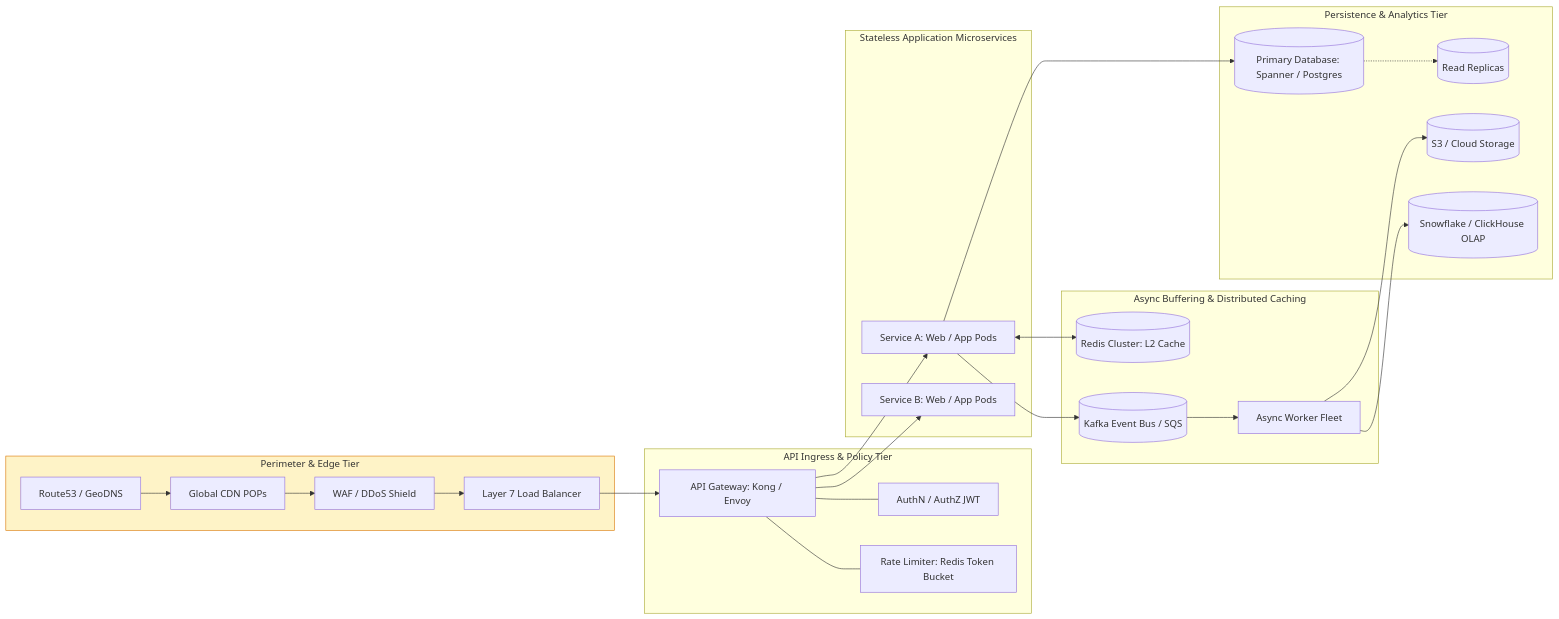
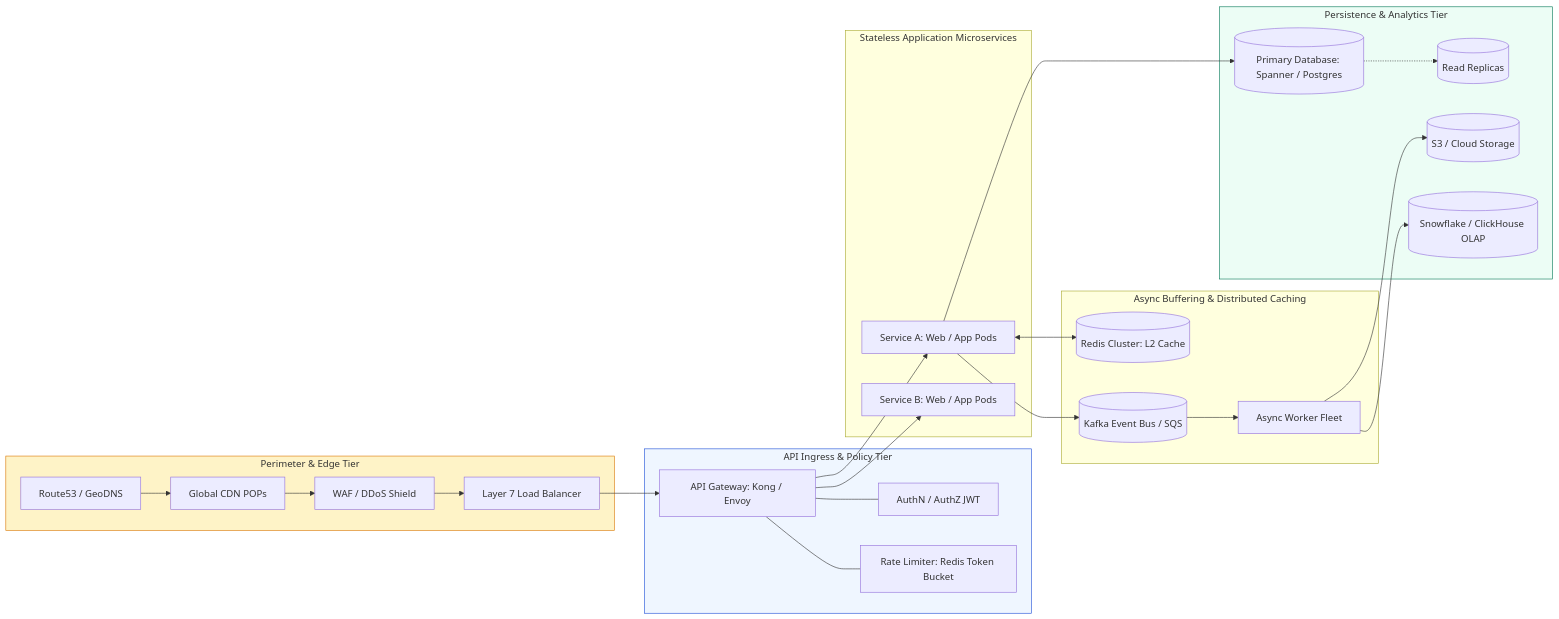
One commit to kvai9826/system-design-for-program-managers changed the third of 3 diagrams in README.md. Above: the diagram before and after it, drawn with Mermaid. The commit also changed other lines of this file and 30 other files, not shown here.

````diff
--- a/README.md
+++ b/README.md
@@ -113,39 +127,39 @@
 ```mermaid
 flowchart LR
     subgraph EdgeLayer [Perimeter & Edge Tier]
         DNS[Route53 / GeoDNS] --> CDN[Global CDN POPs]
         CDN --> WAF[WAF / DDoS Shield]
         WAF --> LB[Layer 7 Load Balancer]
     end
 
     subgraph IngressLayer [API Ingress & Policy Tier]
         LB --> APIGW[API Gateway: Kong / Envoy]
         APIGW --- Auth[AuthN / AuthZ JWT]
         APIGW --- RL[Rate Limiter: Redis Token Bucket]
     end
 
     subgraph ServiceLayer [Stateless Application Microservices]
         APIGW --> SvcA[Service A: Web / App Pods]
         APIGW --> SvcB[Service B: Web / App Pods]
     end
 
     subgraph CacheAndQueue [Async Buffering & Distributed Caching]
         SvcA <--> RedisCache[(Redis Cluster: L2 Cache)]
         SvcA --> Kafka[(Kafka Event Bus / SQS)]
         Kafka --> Workers[Async Worker Fleet]
     end
 
     subgraph StorageLayer [Persistence & Analytics Tier]
         SvcA --> PrimaryDB[(Primary Database: Spanner / Postgres)]
         PrimaryDB -.-> ReadReplica[(Read Replicas)]
         Workers --> ObjectStore[(S3 / Cloud Storage)]
         Workers --> DataWarehouse[(Snowflake / ClickHouse OLAP)]
     end
 
-    classDef edge fill:#fef3c7,stroke:#d97706,stroke-width:1px;
-    class DefGW fill:#eff6ff,stroke:#1d4ed8,stroke-width:1px;
-    class DefStore fill:#ecfdf5,stroke:#047857,stroke-width:1px;
-    class EdgeLayer edge;
-    class IngressLayer DefGW;
-    class StorageLayer DefStore;
+    classDef edgeStyle fill:#fef3c7,stroke:#d97706,stroke-width:1px;
+    classDef gwStyle fill:#eff6ff,stroke:#1d4ed8,stroke-width:1px;
+    classDef storeStyle fill:#ecfdf5,stroke:#047857,stroke-width:1px;
+    class EdgeLayer edgeStyle;
+    class IngressLayer gwStyle;
+    class StorageLayer storeStyle;
 ```
````
